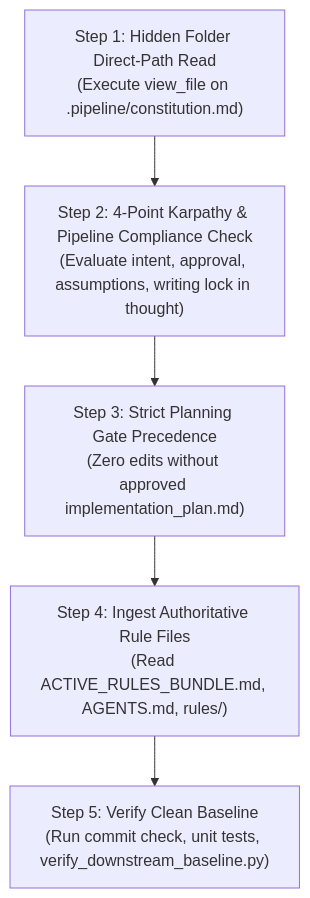
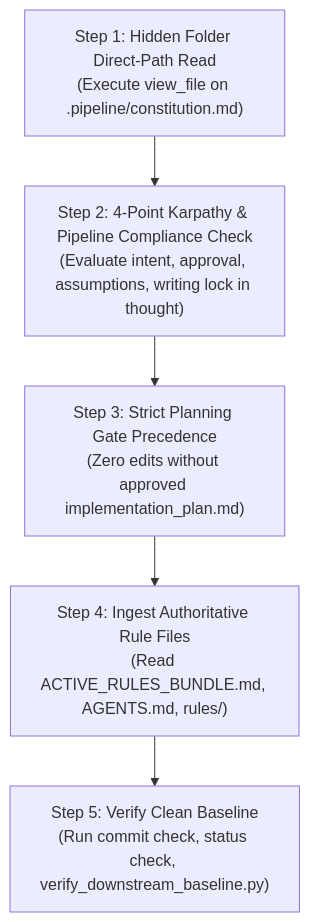
One commit to gintatkinson/DEAP01-spec-core changed the first of 2 diagrams in HANDOFF.md. Above: the diagram before and after it, drawn with Mermaid. The commit also changed other lines of this file, not shown here.

````diff
--- a/HANDOFF.md
+++ b/HANDOFF.md
@@ -129,10 +156,10 @@
 ```mermaid
 flowchart TD
     Step1["Step 1: Hidden Folder Direct-Path Read<br/>(Execute view_file on .pipeline/constitution.md)"]
     Step2["Step 2: 4-Point Karpathy & Pipeline Compliance Check<br/>(Evaluate intent, approval, assumptions, writing lock in thought)"]
     Step3["Step 3: Strict Planning Gate Precedence<br/>(Zero edits without approved implementation_plan.md)"]
     Step4["Step 4: Ingest Authoritative Rule Files<br/>(Read ACTIVE_RULES_BUNDLE.md, AGENTS.md, rules/)"]
-    Step5["Step 5: Verify Clean Baseline<br/>(Run commit check, unit tests, verify_downstream_baseline.py)"]
+    Step5["Step 5: Verify Clean Baseline<br/>(Run commit check, status check, verify_downstream_baseline.py)"]
 
     Step1 --> Step2 --> Step3 --> Step4 --> Step5
 ```
````
